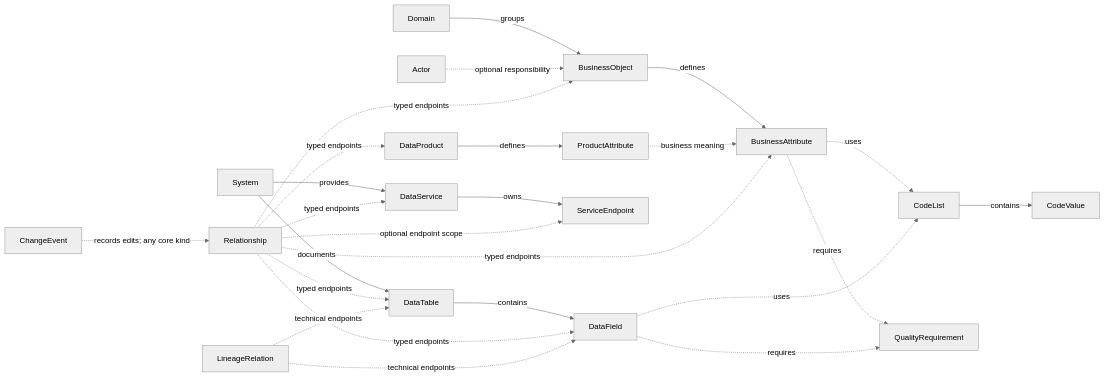
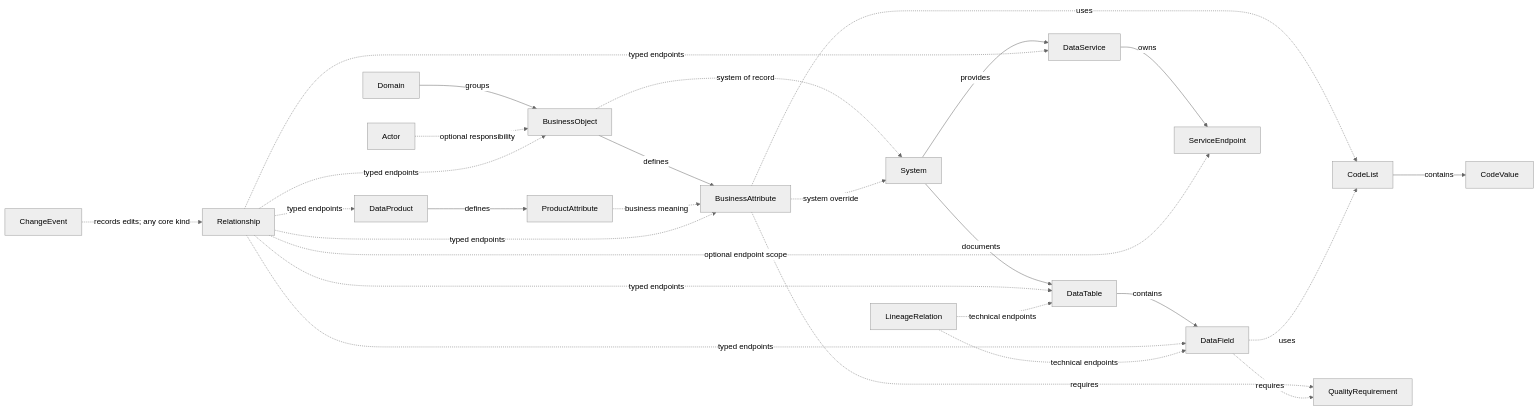
One commit to bbl-dres/data-catalog changed the first of 2 diagrams in prototype-oblique/docs/data-model.md. Above: the diagram before and after it, drawn with Mermaid (neutral theme). The commit also changed other lines of this file and 77 other files, not shown here.

````diff
--- a/prototype-oblique/docs/data-model.md
+++ b/prototype-oblique/docs/data-model.md
@@ -92,27 +192,29 @@
 ```mermaid
 flowchart LR
     Domain -->|groups| BusinessObject
     BusinessObject -->|defines| BusinessAttribute
+    BusinessObject -.->|system of record| System
+    BusinessAttribute -.->|system override| System
     System -->|documents| DataTable
     DataTable -->|contains| DataField
     System -->|provides| DataService
     DataService -->|owns| ServiceEndpoint
     DataProduct -->|defines| ProductAttribute
     ProductAttribute -.->|business meaning| BusinessAttribute
     CodeList -->|contains| CodeValue
     BusinessAttribute -.->|uses| CodeList
     DataField -.->|uses| CodeList
     BusinessAttribute -.->|requires| QualityRequirement
     DataField -.->|requires| QualityRequirement
     Actor -.->|optional responsibility| BusinessObject
     Relationship -.->|typed endpoints| BusinessObject
     Relationship -.->|typed endpoints| DataProduct
     Relationship -.->|typed endpoints| DataService
     Relationship -.->|typed endpoints| DataTable
     Relationship -.->|typed endpoints| DataField
     Relationship -.->|typed endpoints| BusinessAttribute
     Relationship -.->|optional endpoint scope| ServiceEndpoint
     LineageRelation -.->|technical endpoints| DataTable
     LineageRelation -.->|technical endpoints| DataField
     ChangeEvent -.->|records edits; any core kind| Relationship
 ```
````
